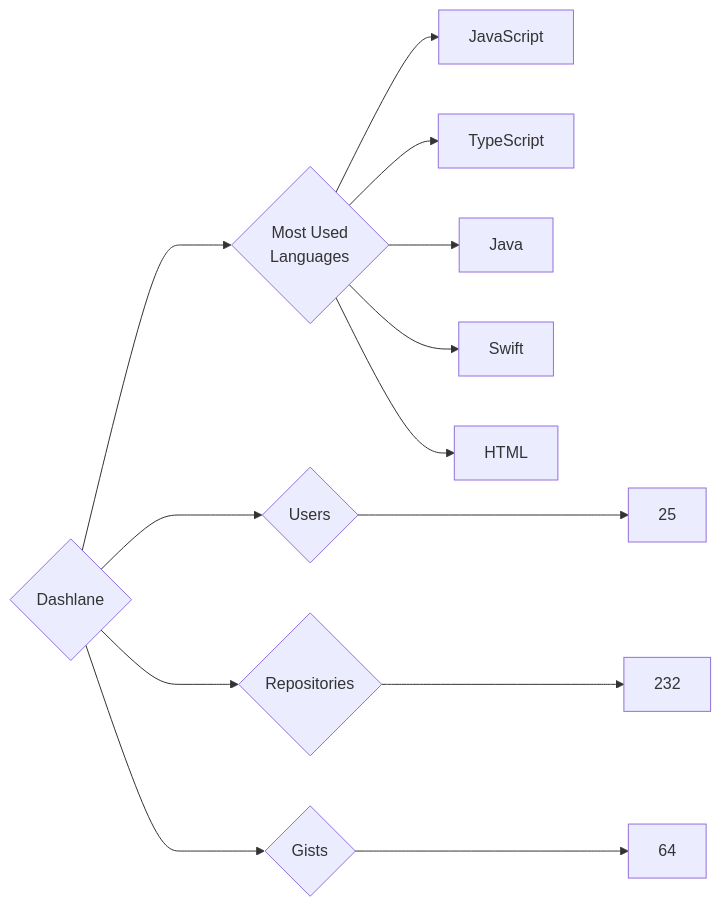
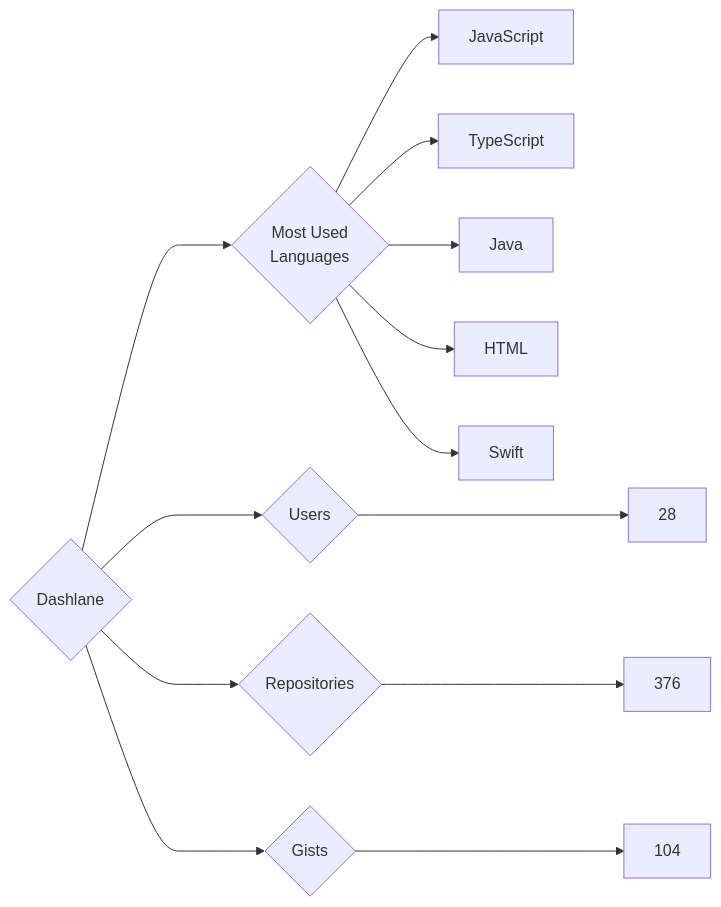
The diagram in targets/Dashlane/README.md (trickest/insiders), drawn with Mermaid before and after one commit. The commit also changed 895 other files, not shown here.

````diff
--- a/targets/Dashlane/README.md
+++ b/targets/Dashlane/README.md
@@ -3,13 +3,13 @@
 ```mermaid
 graph LR
 COMPANY_NAME{Dashlane}
-COMPANY_NAME ---> U{Users} ---> UN[25]
-COMPANY_NAME ---> R{Repositories} ---> RN[232]
-COMPANY_NAME ---> G{Gists} ---> GN[64]
+COMPANY_NAME ---> U{Users} ---> UN[28]
+COMPANY_NAME ---> R{Repositories} ---> RN[376]
+COMPANY_NAME ---> G{Gists} ---> GN[104]
 COMPANY_NAME ---> ML{Most Used<br>Languages}
 ML --> JavaScript[JavaScript]
 ML --> TypeScript[TypeScript]
 ML --> Java[Java]
+ML --> HTML[HTML]
 ML --> Swift[Swift]
-ML --> HTML[HTML]
 ```
````
